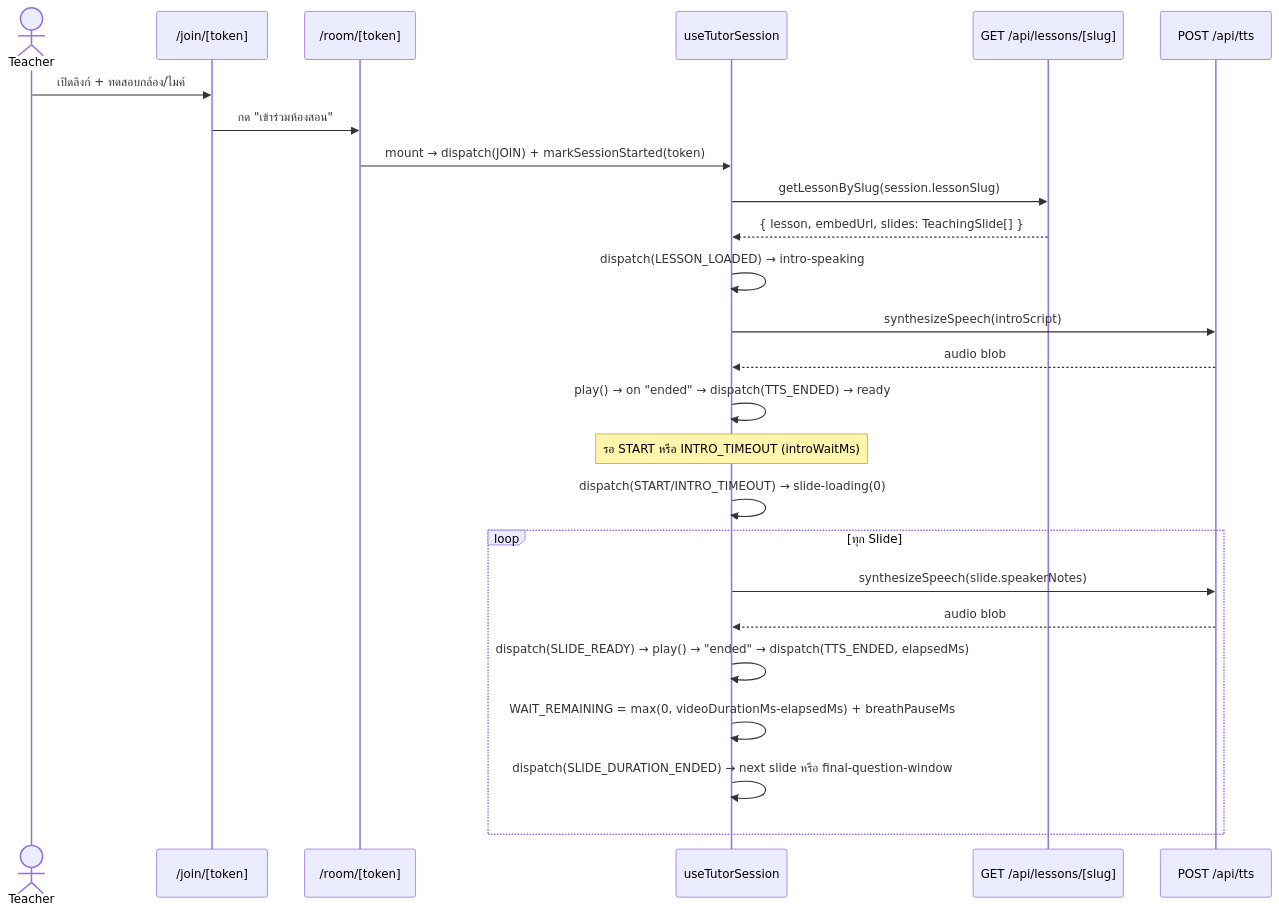
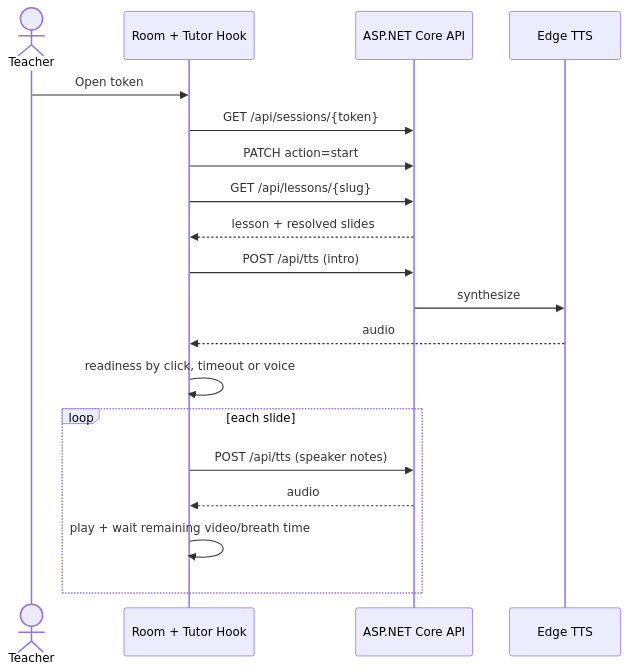
One commit to Sathaporn24/sb_supportroom changed the second of 5 diagrams in frontend/docs/SEQUENCE_DIAGRAMS.md. Above: the diagram before and after it, drawn with Mermaid. The commit also changed other lines of this file and 27 other files, not shown here.

````diff
--- a/frontend/docs/SEQUENCE_DIAGRAMS.md
+++ b/frontend/docs/SEQUENCE_DIAGRAMS.md
@@ -67,28 +28,22 @@
 ```mermaid
 sequenceDiagram
     actor Teacher
-    participant Join as /join/[token]
-    participant Room as /room/[token]
-    participant Hook as useTutorSession
-    participant API as GET /api/lessons/[slug]
-    participant TTS as POST /api/tts
+    participant FE as Room + Tutor Hook
+    participant API as ASP.NET Core API
+    participant TTS as Edge TTS
 
-    Teacher->>Join: เปิดลิงก์ + ทดสอบกล้อง/ไมค์
-    Join->>Room: กด "เข้าร่วมห้องสอน"
-    Room->>Hook: mount → dispatch(JOIN) + markSessionStarted(token)
-    Hook->>API: getLessonBySlug(session.lessonSlug)
-    API-->>Hook: { lesson, embedUrl, slides: TeachingSlide[] }
-    Hook->>Hook: dispatch(LESSON_LOADED) → intro-speaking
-    Hook->>TTS: synthesizeSpeech(introScript)
-    TTS-->>Hook: audio blob
-    Hook->>Hook: play() → on "ended" → dispatch(TTS_ENDED) → ready
-    Note over Hook: รอ START หรือ INTRO_TIMEOUT (introWaitMs)
-    Hook->>Hook: dispatch(START/INTRO_TIMEOUT) → slide-loading(0)
-    loop ทุก Slide
-        Hook->>TTS: synthesizeSpeech(slide.speakerNotes)
-        TTS-->>Hook: audio blob
-        Hook->>Hook: dispatch(SLIDE_READY) → play() → "ended" → dispatch(TTS_ENDED, elapsedMs)
-        Hook->>Hook: WAIT_REMAINING = max(0, videoDurationMs-elapsedMs) + breathPauseMs
-        Hook->>Hook: dispatch(SLIDE_DURATION_ENDED) → next slide หรือ final-question-window
+    Teacher->>FE: Open token
+    FE->>API: GET /api/sessions/{token}
+    FE->>API: PATCH action=start
+    FE->>API: GET /api/lessons/{slug}
+    API-->>FE: lesson + resolved slides
+    FE->>API: POST /api/tts (intro)
+    API->>TTS: synthesize
+    TTS-->>FE: audio
+    FE->>FE: readiness by click, timeout or voice
+    loop each slide
+        FE->>API: POST /api/tts (speaker notes)
+        API-->>FE: audio
+        FE->>FE: play + wait remaining video/breath time
     end
 ```
````
